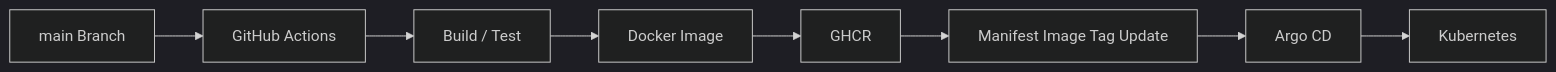
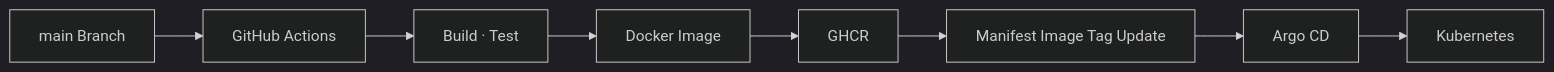
The fifth of 5 diagrams in profile/README.md (1-team-whyNot-chapchap/.github), drawn with Mermaid (dark theme) before and after one commit. The commit also changed other lines of this file, not shown here.

````diff
--- a/profile/README.md
+++ b/profile/README.md
@@ -594,10 +422,10 @@
 ```mermaid
 flowchart LR
     A["main Branch"] --> B["GitHub Actions"]
-    B --> C["Build / Test"]
+    B --> C["Build · Test"]
     C --> D["Docker Image"]
     D --> E["GHCR"]
     E --> F["Manifest Image Tag Update"]
     F --> G["Argo CD"]
     G --> H["Kubernetes"]
 ```
````
